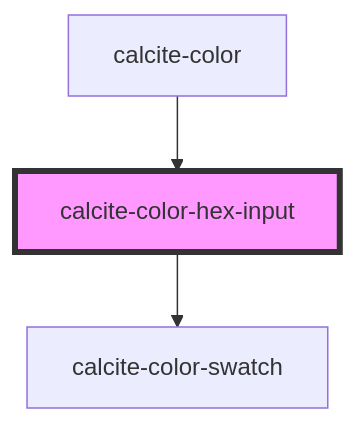
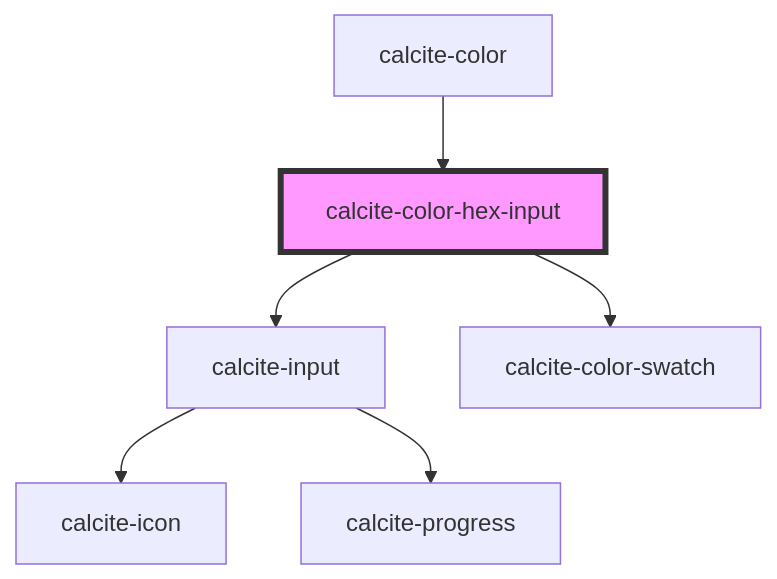
Before and after one commit to Esri/calcite-design-system: the diagram in src/components/calcite-color-hex-input/readme.md, drawn with Mermaid. The commit also changed other lines of this file and 1 other file, not shown here.

````diff
--- a/src/components/calcite-color-hex-input/readme.md
+++ b/src/components/calcite-color-hex-input/readme.md
@@ -42,6 +43,9 @@
 ```mermaid
 graph TD;
+  calcite-color-hex-input --> calcite-input
   calcite-color-hex-input --> calcite-color-swatch
+  calcite-input --> calcite-icon
+  calcite-input --> calcite-progress
   calcite-color --> calcite-color-hex-input
   style calcite-color-hex-input fill:#f9f,stroke:#333,stroke-width:4px
 ```
````
